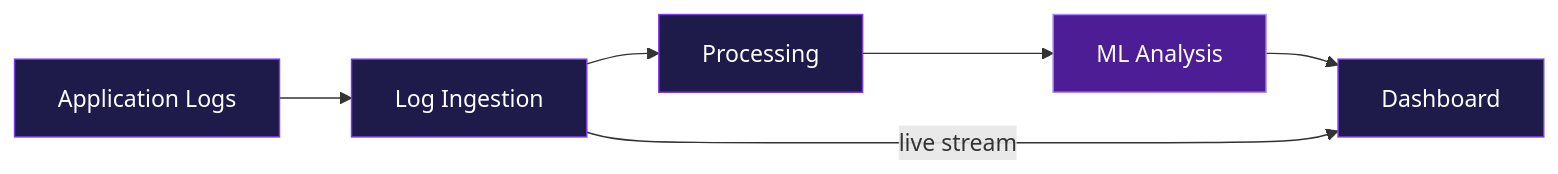
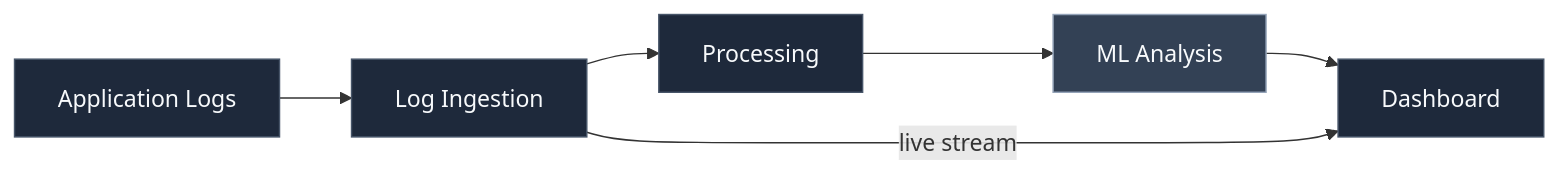
Before and after one commit to Rockyyy2312/Rockyyy2312: the first of 2 diagrams in README.md, drawn with Mermaid. The commit also changed other lines of this file, not shown here.

````diff
--- a/README.md
+++ b/README.md
@@ -89,13 +130,13 @@
 ```mermaid
 flowchart LR
     A["Application Logs"] --> B["Log Ingestion"]
     B --> C["Processing"]
     C --> D["ML Analysis"]
     D --> E["Dashboard"]
     B -->|"live stream"| E
-    style A fill:#1e1b4b,stroke:#7c3aed,color:#fff
-    style B fill:#1e1b4b,stroke:#7c3aed,color:#fff
-    style C fill:#1e1b4b,stroke:#7c3aed,color:#fff
-    style D fill:#4c1d95,stroke:#a78bfa,color:#fff
-    style E fill:#1e1b4b,stroke:#7c3aed,color:#fff
+    style A fill:#1e293b,stroke:#475569,color:#f8fafc
+    style B fill:#1e293b,stroke:#475569,color:#f8fafc
+    style C fill:#1e293b,stroke:#475569,color:#f8fafc
+    style D fill:#334155,stroke:#94a3b8,color:#f8fafc
+    style E fill:#1e293b,stroke:#475569,color:#f8fafc
 ```
````
